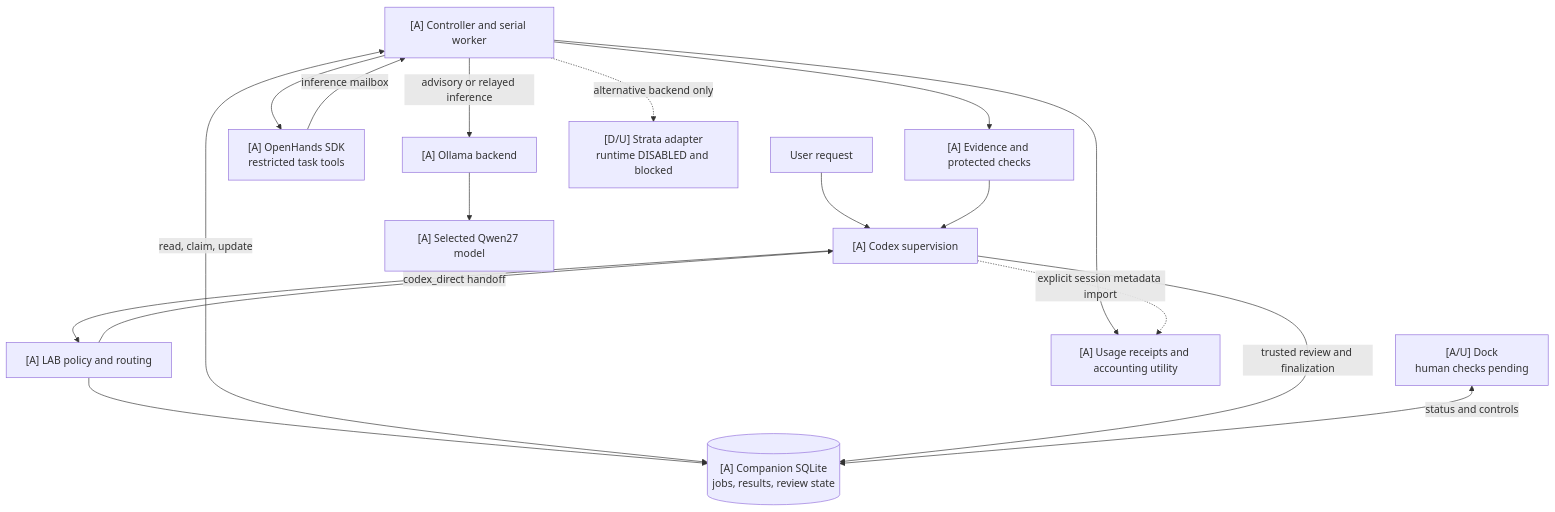
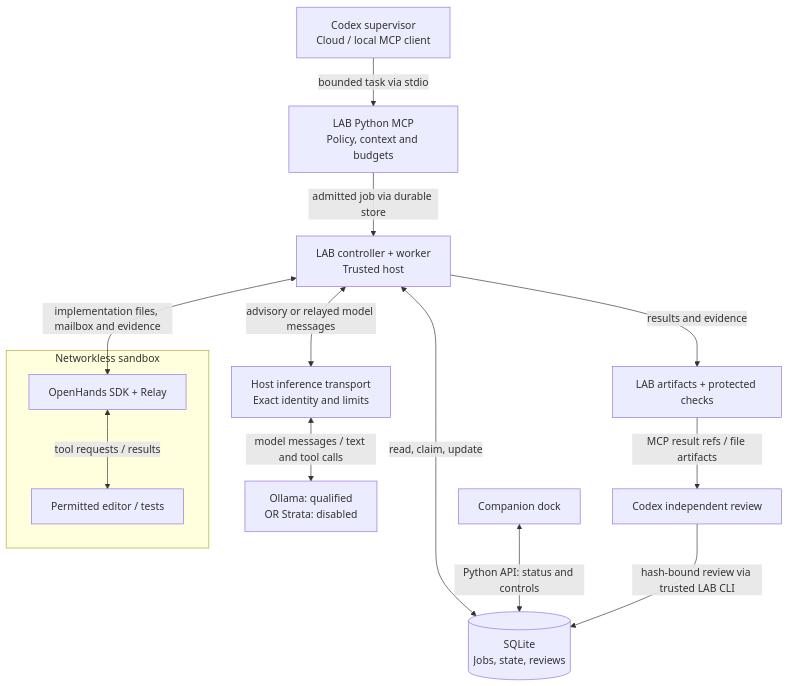
The first of 2 diagrams in README.md (nishdel/OmniLAB-Local-Agent-Bridge-), drawn with Mermaid before and after one commit. The commit also changed other lines of this file and 18 other files, not shown here.

Commit message:
Harden Strata provider identity and document supervised execution paths

````diff
--- a/README.md
+++ b/README.md
@@ -14,19 +24,27 @@
 ```mermaid
 flowchart TD
-    U["User request"] --> C["[A] Codex supervision"]
-    C --> R["[A] LAB policy and routing"]
-    R -->|"codex_direct handoff"| C
-    R --> D[("[A] Companion SQLite<br/>jobs, results, review state")]
-    W["[A] Controller and serial worker"] <-->|"read, claim, update"| D
-    W --> H["[A] OpenHands SDK<br/>restricted task tools"]
-    H -->|"inference mailbox"| W
-    W -->|"advisory or relayed inference"| O["[A] Ollama backend"]
-    O --> Q["[A] Selected Qwen27 model"]
-    W -.->|"alternative backend only"| S["[D/U] Strata adapter<br/>runtime DISABLED and blocked"]
-    W --> E["[A] Evidence and protected checks"]
-    E --> C
-    C -->|"trusted review and finalization"| D
-    K["[A/U] Dock<br/>human checks pending"] <-->|"status and controls"| D
-    W --> A["[A] Usage receipts and accounting utility"]
-    C -.->|"explicit session metadata import"| A
+    C["Codex supervisor<br/>Cloud / local MCP client"]
+    M["LAB Python MCP<br/>Policy, context and budgets"]
+    W["LAB controller + worker<br/>Trusted host"]
+    DB[("SQLite<br/>Jobs, state, reviews")]
+    K["Companion dock"]
+    I["Host inference transport<br/>Exact identity and limits"]
+    subgraph Box["Networkless sandbox"]
+        H["OpenHands SDK + Relay"]
+        T["Permitted editor / tests"]
+        H <-->|"tool requests / results"| T
+    end
+    O["Ollama: qualified<br/>OR Strata: disabled"]
+    E["LAB artifacts + protected checks"]
+    V["Codex independent review"]
+    C -->|"bounded task via stdio"| M
+    M -->|"admitted job via durable store"| W
+    W <-->|"read, claim, update"| DB
+    K <-->|"Python API: status and controls"| DB
+    W <-->|"advisory or relayed model messages"| I
+    W <-->|"implementation files, mailbox and evidence"| H
+    I <-->|"model messages / text and tool calls"| O
+    W -->|"results and evidence"| E
+    E -->|"MCP result refs / file artifacts"| V
+    V -->|"hash-bound review via trusted LAB CLI"| DB
 ```
````
